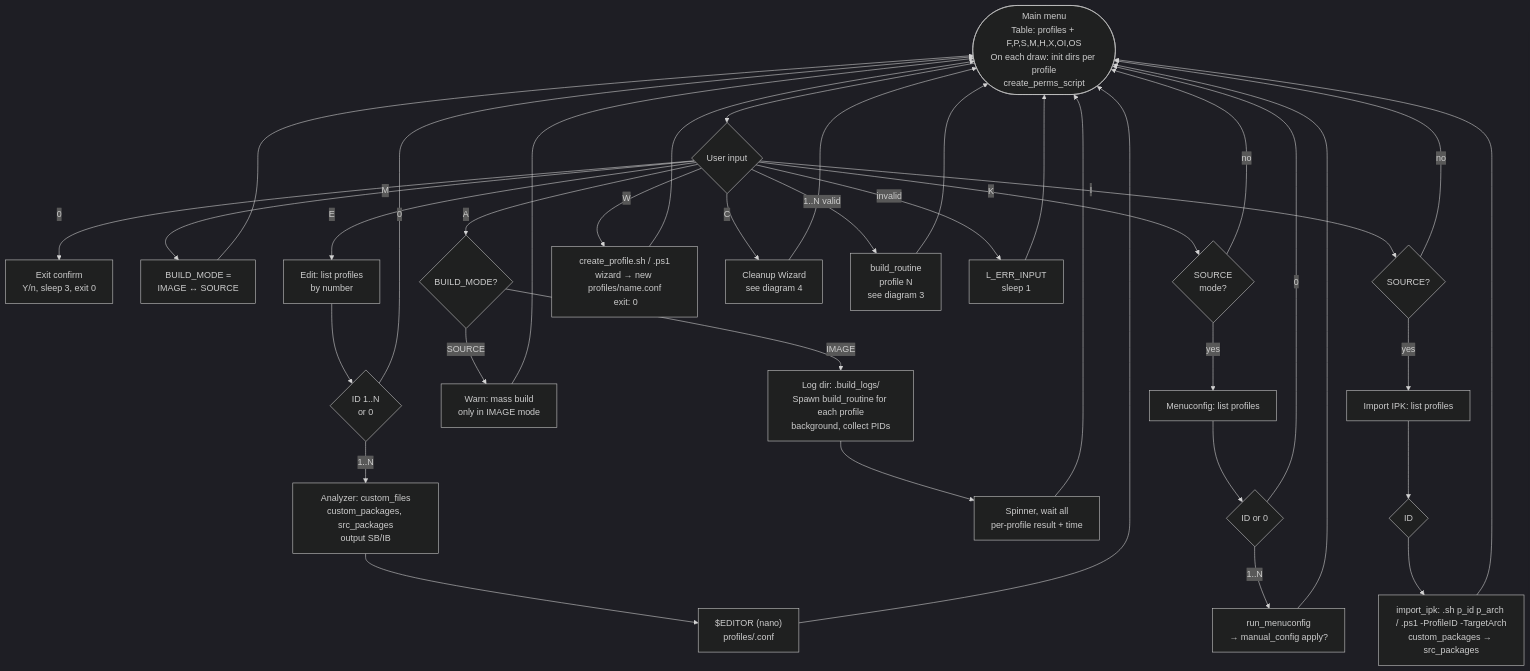
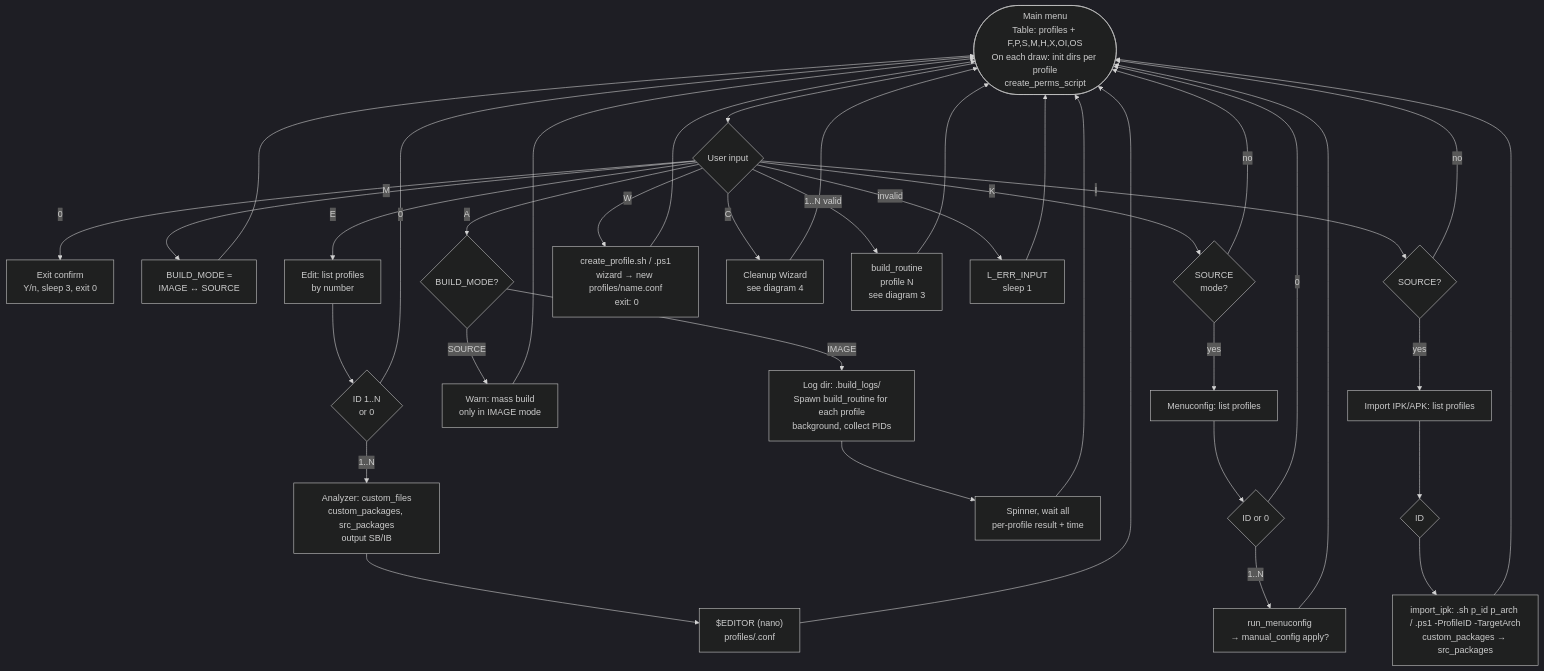
Before and after one commit to iqubik/routerFW: the second of 5 diagrams in docs/ARCHITECTURE_diagram_en.md, drawn with Mermaid (dark theme). The commit also changed other lines of this file and 7 other files, not shown here.

First line of the commit message:
docs: add APK format alongside IPK in documentation

````diff
--- a/docs/ARCHITECTURE_diagram_en.md
+++ b/docs/ARCHITECTURE_diagram_en.md
@@ -43,50 +43,50 @@
 ```mermaid
 flowchart TD
     MENU([Main menu\nTable: profiles + F,P,S,M,H,X,OI,OS\nOn each draw: init dirs per profile\ncreate_perms_script])
     MENU --> CHOICE{User input}
 
     CHOICE --> |0| EXIT[Exit confirm\nY/n, sleep 3, exit 0]
     CHOICE --> |M| SWITCH[BUILD_MODE =\nIMAGE ↔ SOURCE]
     SWITCH --> MENU
 
     CHOICE --> |E| E_LIST[Edit: list profiles\nby number]
     E_LIST --> E_ID{ID 1..N\nor 0}
     E_ID --> |0| MENU
     E_ID --> |1..N| E_ANALYZE[Analyzer: custom_files\ncustom_packages, src_packages\noutput SB/IB]
     E_ANALYZE --> E_EDIT["$EDITOR (nano)\nprofiles/<id>.conf"]
     E_EDIT --> MENU
 
     CHOICE --> |A| A_CHECK{BUILD_MODE?}
     A_CHECK --> |SOURCE| A_WARN[Warn: mass build\nonly in IMAGE mode]
     A_WARN --> MENU
     A_CHECK --> |IMAGE| A_RUN[Log dir: .build_logs/<ts>\nSpawn build_routine for each profile\nbackground, collect PIDs]
     A_RUN --> A_WAIT[Spinner, wait all\nper-profile result + time]
     A_WAIT --> MENU
 
     CHOICE --> |K| K_CHECK{SOURCE\nmode?}
     K_CHECK --> |no| MENU
     K_CHECK --> |yes| K_LIST[Menuconfig: list profiles]
     K_LIST --> K_ID{ID or 0}
     K_ID --> |0| MENU
     K_ID --> |1..N| K_MC[run_menuconfig\n→ manual_config apply?]
     K_MC --> MENU
 
     CHOICE --> |I| I_CHECK{SOURCE?}
     I_CHECK --> |no| MENU
-    I_CHECK --> |yes| I_LIST[Import IPK: list profiles]
+    I_CHECK --> |yes| I_LIST[Import IPK/APK: list profiles]
     I_LIST --> I_ID{ID}
     I_ID --> I_RUN[import_ipk: .sh p_id p_arch / .ps1 -ProfileID -TargetArch\ncustom_packages → src_packages]
     I_RUN --> MENU
 
     CHOICE --> |W| W_RUN[create_profile.sh / .ps1\nwizard → new profiles/name.conf\n exit: 0]
     W_RUN --> MENU
 
     CHOICE --> |C| CLEAN_WIZ[Cleanup Wizard\nsee diagram 4]
     CLEAN_WIZ --> MENU
 
     CHOICE --> |1..N valid| BUILD[build_routine\nprofile N\nsee diagram 3]
     BUILD --> MENU
 
     CHOICE --> |invalid| ERR[L_ERR_INPUT\nsleep 1]
     ERR --> MENU
 ```
````
